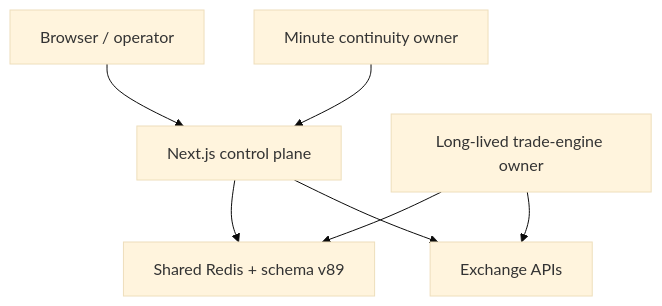
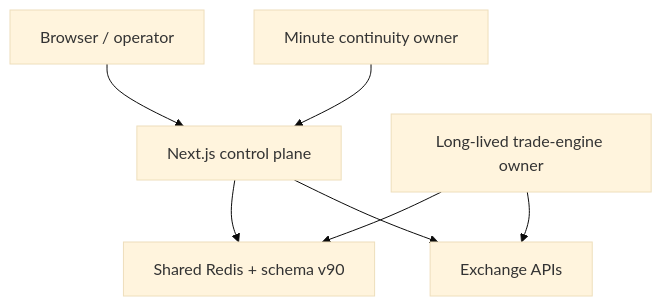
Before and after one commit to mxssnx-creator/CTS-K-N: the diagram in docs/recreation/architecture.md, drawn with Mermaid (base theme). The commit also changed 36 other files, not shown here.

````diff
--- a/docs/recreation/architecture.md
+++ b/docs/recreation/architecture.md
@@ -7,9 +7,9 @@
 ```mermaid
 flowchart TB
   U["Browser / operator"] --> W["Next.js control plane"]
-  W --> R["Shared Redis + schema v89"]
+  W --> R["Shared Redis + schema v90"]
   C["Minute continuity owner"] --> W
   E["Long-lived trade-engine owner"] --> R
   E --> X["Exchange APIs"]
   W --> X
 ```
````
